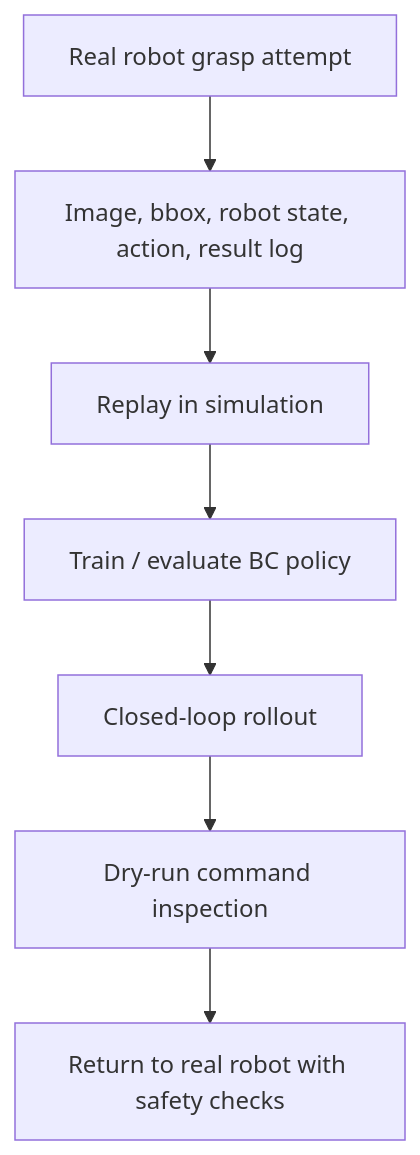
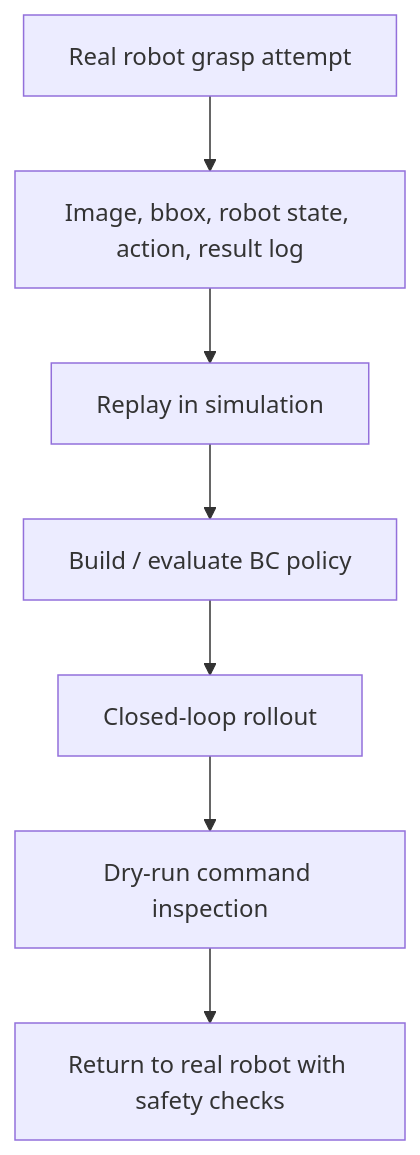
The second of 2 diagrams in README.md (1830051801-ux/embodied-arm-learning), drawn with Mermaid before and after one commit. The commit also changed other lines of this file and 10 other files, not shown here.

````diff
--- a/README.md
+++ b/README.md
@@ -109,9 +109,9 @@
 ```mermaid
 flowchart TD
     A["Real robot grasp attempt"] --> B["Image, bbox, robot state, action, result log"]
     B --> C["Replay in simulation"]
-    C --> D["Train / evaluate BC policy"]
+    C --> D["Build / evaluate BC policy"]
     D --> E["Closed-loop rollout"]
     E --> F["Dry-run command inspection"]
     F --> G["Return to real robot with safety checks"]
 ```
````
